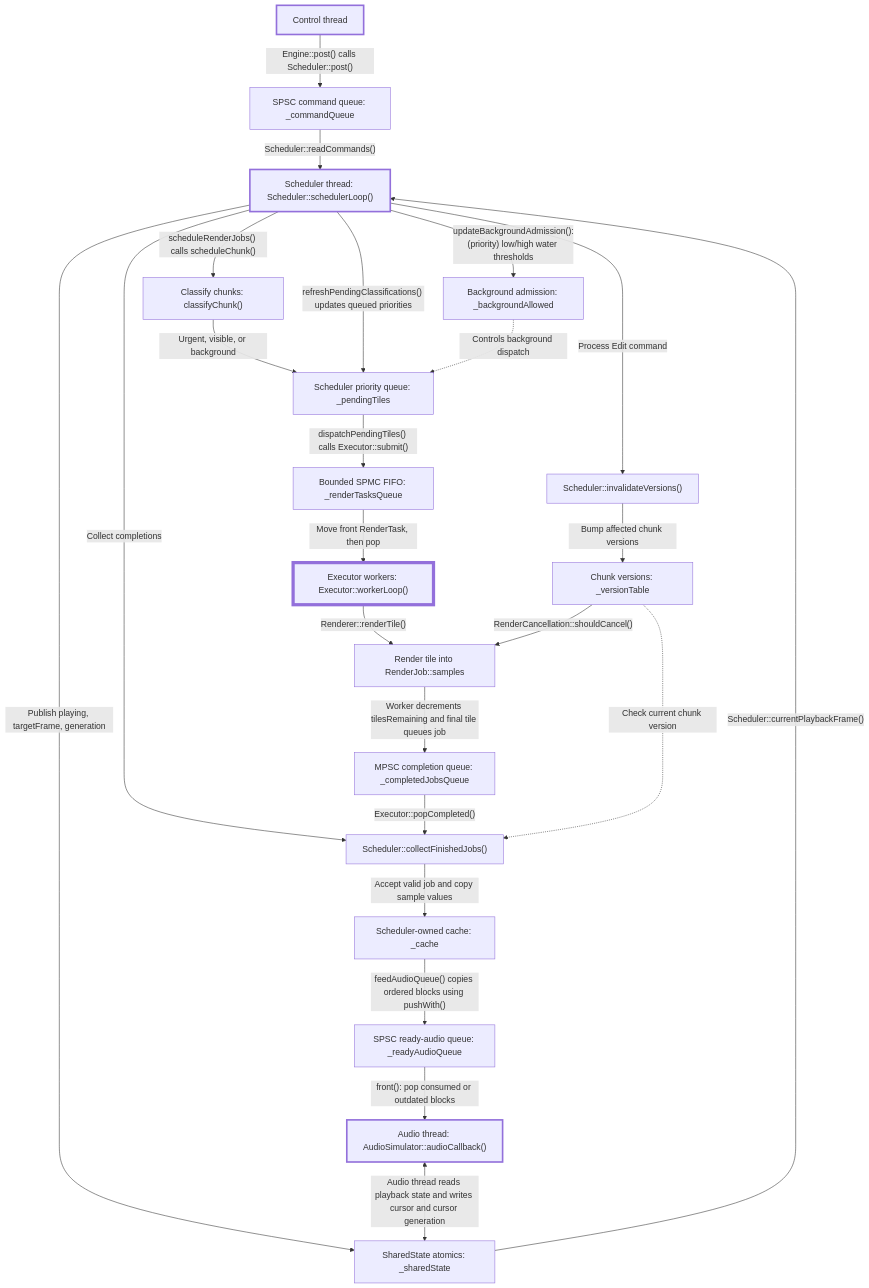
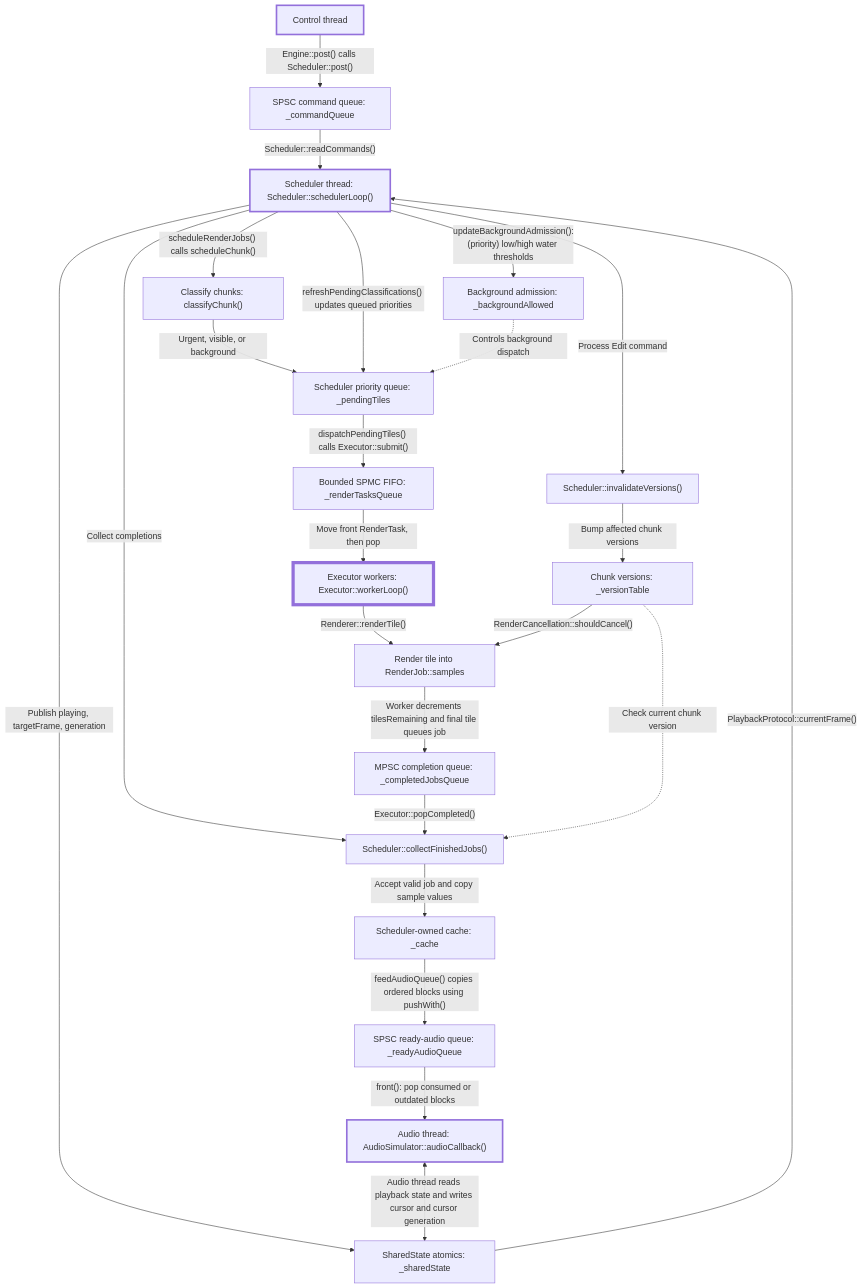
The diagram in README.md (ChristosKonstantas/anasa), drawn with Mermaid before and after one commit. The commit also changed 2 other files, not shown here.

Commit message:
Added: minor fixes

````diff
--- a/README.md
+++ b/README.md
@@ -35,62 +35,62 @@
 ```mermaid
 flowchart TD
 
     Control["Control thread"]
     CommandQueue["SPSC command queue: _commandQueue"]
     Scheduler["Scheduler thread: Scheduler::schedulerLoop()"]
 
     Control -->|"Engine::post() calls Scheduler::post()"| CommandQueue
     CommandQueue -->|"Scheduler::readCommands()"| Scheduler
 
     ExecutorQueue["Bounded SPMC FIFO: _renderTasksQueue"]
     Workers["Executor workers: Executor::workerLoop()"]
     Render["Render tile into RenderJob::samples"]
     CompletionQueue["MPSC completion queue: _completedJobsQueue"]
 
         Classify["Classify chunks: classifyChunk()"]
     Pending["Scheduler priority queue: _pendingTiles"]
 
     Scheduler -->|"scheduleRenderJobs() calls scheduleChunk()"| Classify
     Classify -->|"Urgent, visible, or background"| Pending
     Scheduler -->|"refreshPendingClassifications() updates queued priorities"| Pending
     Pending -->|"dispatchPendingTiles() calls Executor::submit()"| ExecutorQueue
     ExecutorQueue -->|"Move front RenderTask, then pop"| Workers
     Workers -->|"Renderer::renderTile()"| Render
     Render -->|"Worker decrements tilesRemaining and final tile queues job"| CompletionQueue
     Admission["Background admission: _backgroundAllowed"]
 
     Scheduler -->|"updateBackgroundAdmission():(priority) low/high water thresholds"| Admission
     Admission -.->|"Controls background dispatch"| Pending
     Cache["Scheduler-owned cache: _cache"]
     ReadyQueue["SPSC ready-audio queue: _readyAudioQueue"]
     Audio["Audio thread: AudioSimulator::audioCallback()"]
 
     Cache -->|"feedAudioQueue() copies ordered blocks using pushWith()"| ReadyQueue
     ReadyQueue -->|"front(): pop consumed or outdated blocks"| Audio
 
     Shared["SharedState atomics: _sharedState"]
 
     Scheduler -->|"Publish playing, targetFrame, generation"| Shared
-    Shared -->|"Scheduler::currentPlaybackFrame()"| Scheduler
+    Shared -->|"PlaybackProtocol::currentFrame()"| Scheduler
 
     Audio <-->|"Audio thread reads playback state and writes cursor and cursor generation"| Shared
 
     Versions["Chunk versions: _versionTable"]
 
     Versions -->|"RenderCancellation::shouldCancel()"| Render
 
        Collect["Scheduler::collectFinishedJobs()"]
     Invalidate["Scheduler::invalidateVersions()"]
 
     Scheduler -->|"Collect completions"| Collect
     CompletionQueue -->|"Executor::popCompleted()"| Collect
     Versions -.->|"Check current chunk version"| Collect
     Collect -->|"Accept valid job and copy sample values"| Cache
     Scheduler -->|"Process Edit command"| Invalidate
     Invalidate -->|"Bump affected chunk versions"| Versions
     classDef thread stroke-width:3px;
     classDef threadPool stroke-width:6px;
 
     class Control,Scheduler,Audio thread;
     class Workers threadPool;
 ```
````
